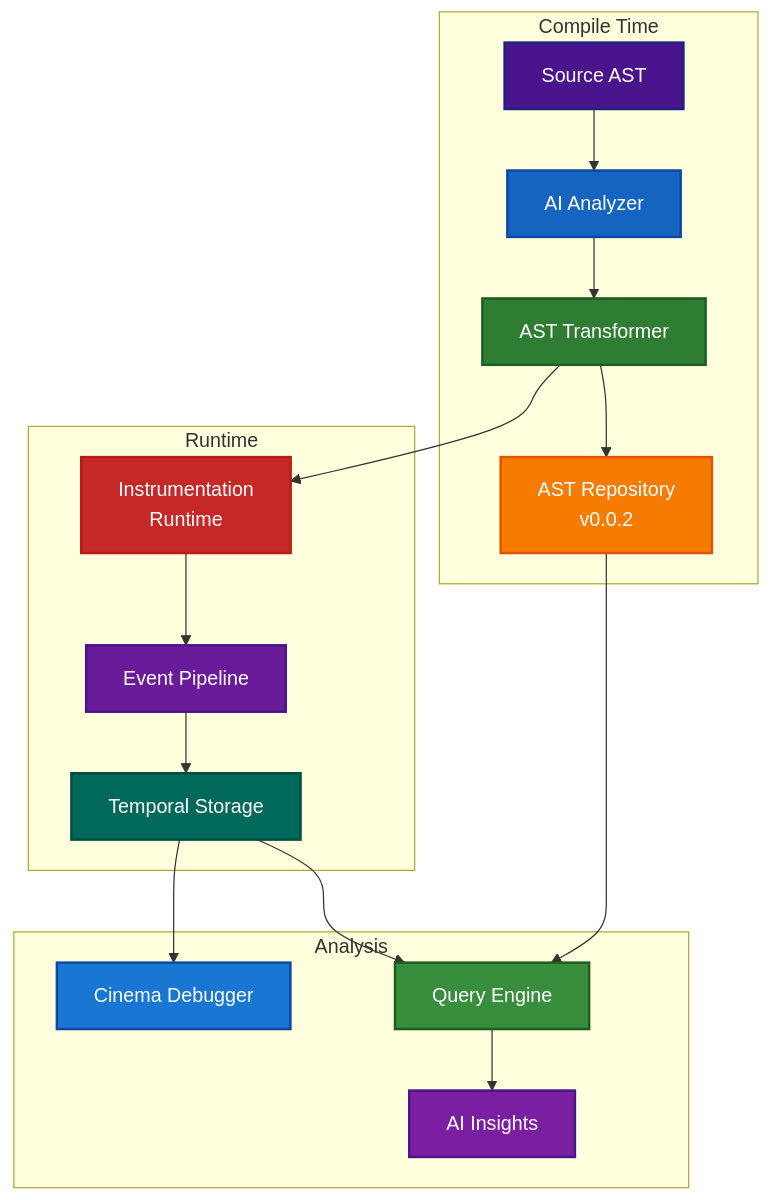
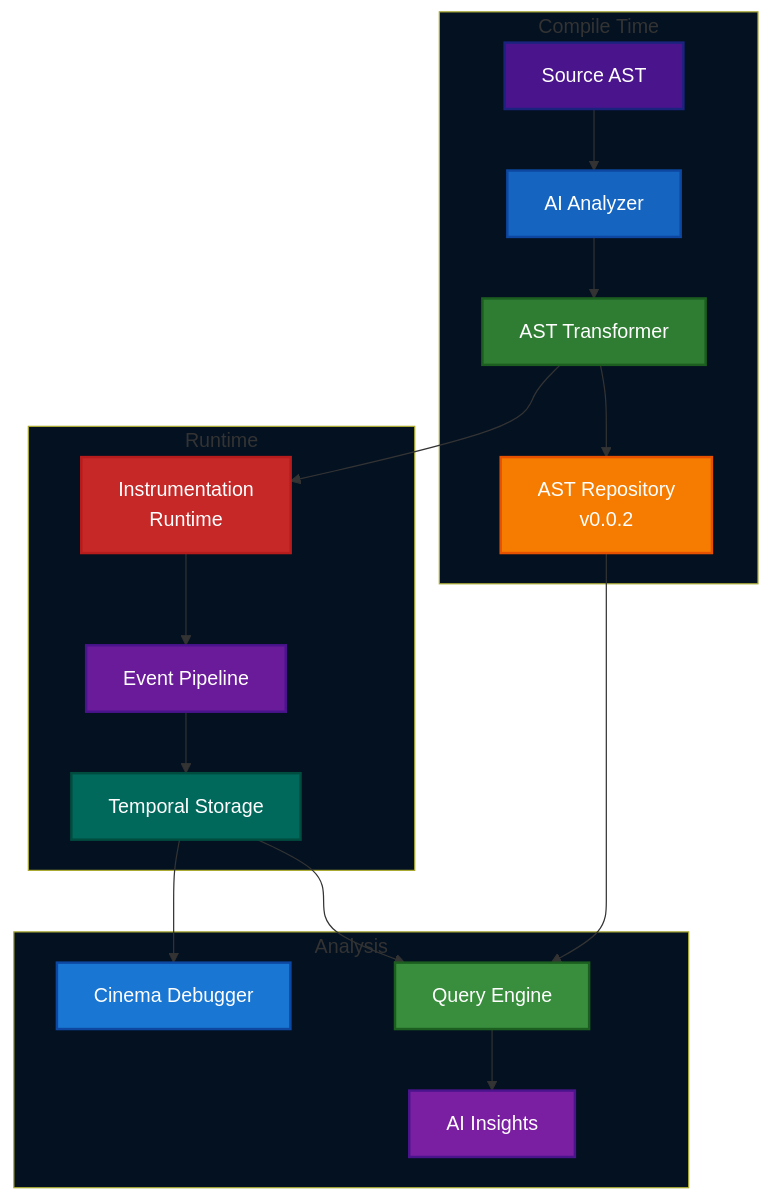
The diagram in README.md (nshkrdotcom/ElixirScope), drawn with Mermaid before and after one commit. The commit also changed 1 other file, not shown here.

````diff
--- a/README.md
+++ b/README.md
@@ -56,45 +56,48 @@
 ```mermaid
 graph TB
-    subgraph "Compile Time"
+    subgraph CT["Compile&nbsp;Time"]
         AST[Source AST]
         ANALYZER[AI Analyzer]
         TRANS[AST Transformer]
         REPO[AST Repository<br/>v0.0.2]
     end
     
-    subgraph "Runtime"
+    subgraph RT["Runtime"]
         RUNTIME[Instrumentation<br/>Runtime]
         EVENTS[Event Pipeline]
         TEMPORAL[Temporal Storage]
     end
     
-    subgraph "Analysis"
+    subgraph A["Analysis"]
         CINEMA[Cinema Debugger]
         QUERY[Query Engine]
         AI[AI Insights]
     end
     
     AST --> ANALYZER
     ANALYZER --> TRANS
     TRANS --> RUNTIME
     TRANS --> REPO
     
     RUNTIME --> EVENTS
     EVENTS --> TEMPORAL
     
     TEMPORAL --> CINEMA
     TEMPORAL --> QUERY
     REPO --> QUERY
     QUERY --> AI
     
+    style CT fill:#031121
+    style RT fill:#031121
+    style A fill:#031121
     style AST fill:#4a148c,stroke:#1a237e,stroke-width:2px,color:#fff
     style ANALYZER fill:#1565c0,stroke:#0d47a1,stroke-width:2px,color:#fff
     style TRANS fill:#2e7d32,stroke:#1b5e20,stroke-width:2px,color:#fff
     style REPO fill:#f57c00,stroke:#e65100,stroke-width:2px,color:#fff
     style RUNTIME fill:#c62828,stroke:#b71c1c,stroke-width:2px,color:#fff
     style EVENTS fill:#6a1b9a,stroke:#4a148c,stroke-width:2px,color:#fff
     style TEMPORAL fill:#00695c,stroke:#004d40,stroke-width:2px,color:#fff
     style CINEMA fill:#1976d2,stroke:#0d47a1,stroke-width:2px,color:#fff
     style QUERY fill:#388e3c,stroke:#1b5e20,stroke-width:2px,color:#fff
     style AI fill:#7b1fa2,stroke:#4a148c,stroke-width:2px,color:#fff
 ```
````
